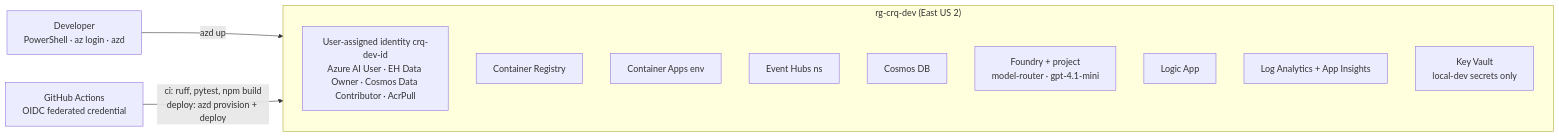
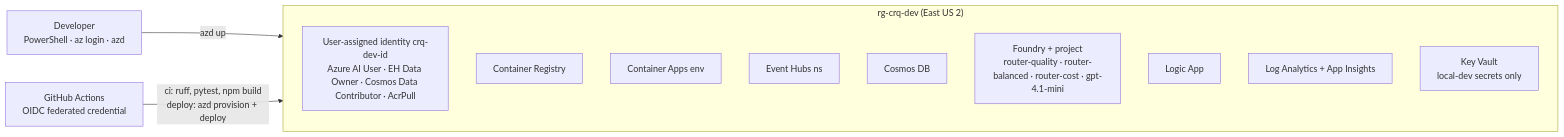
The fourth of 4 diagrams in docs/ARCHITECTURE.md (SwamiBB/control-room-iq), drawn with Mermaid before and after one commit. The commit also changed other lines of this file and 12 other files, not shown here.

First line of the commit message:
Put every managed-identity role in Bicep and drop the unused model-router (#70 review)

````diff
--- a/docs/ARCHITECTURE.md
+++ b/docs/ARCHITECTURE.md
@@ -160,16 +160,16 @@
 ```mermaid
 flowchart LR
     DEV[Developer<br/>PowerShell · az login · azd] -->|azd up| RG
     GH[GitHub Actions<br/>OIDC federated credential] -->|ci: ruff, pytest, npm build<br/>deploy: azd provision + deploy| RG
     subgraph RG["rg-crq-dev (East US 2)"]
         ID[User-assigned identity crq-dev-id<br/>Azure AI User · EH Data Owner · Cosmos Data Contributor · AcrPull]
         ACR[Container Registry]
         CAE[Container Apps env]
         EHNS[Event Hubs ns]
         COSM[Cosmos DB]
-        FND[Foundry + project<br/>model-router · gpt-4.1-mini]
+        FND[Foundry + project<br/>router-quality · router-balanced · router-cost · gpt-4.1-mini]
         LAPP[Logic App]
         LOGS[Log Analytics + App Insights]
         KV[Key Vault<br/>local-dev secrets only]
     end
 ```
````
